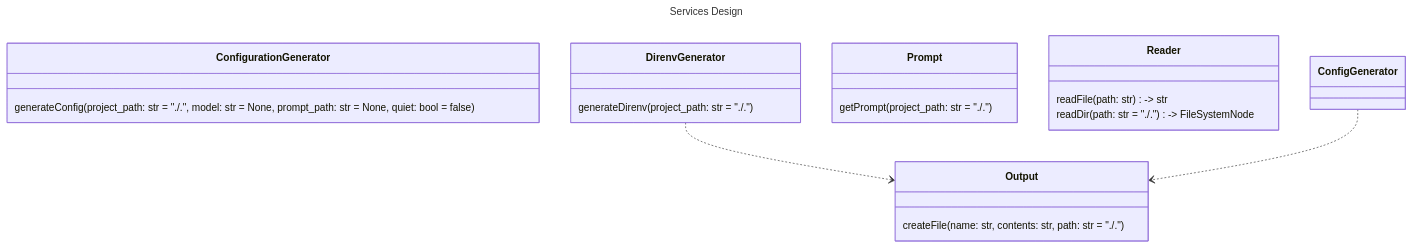
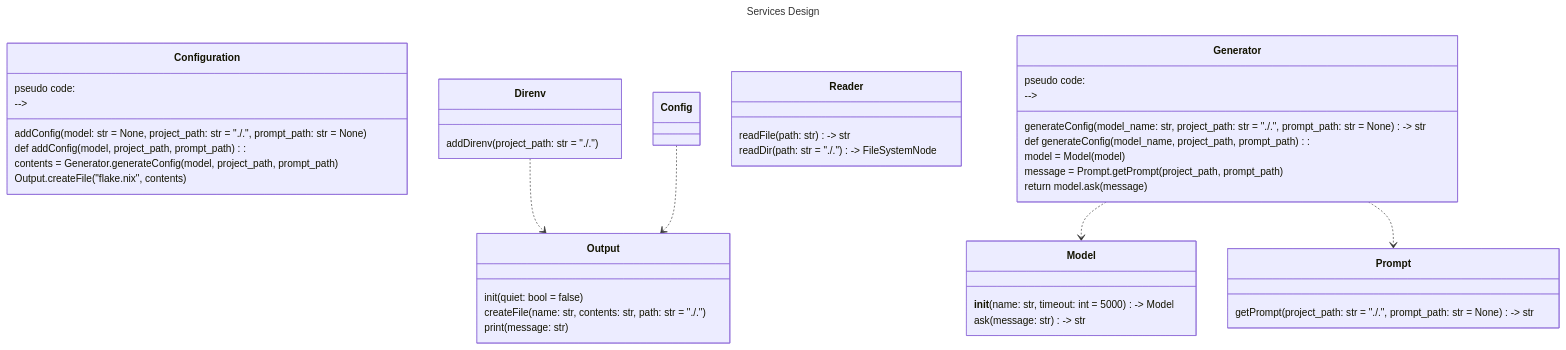
The fourth of 6 diagrams in docs/detailed-design.md (Oldranda1414/AutoDev), drawn with Mermaid before and after one commit. The commit also changed other lines of this file and 1 other file, not shown here.

````diff
--- a/docs/detailed-design.md
+++ b/docs/detailed-design.md
@@ -50,30 +81,56 @@
 ```mermaid
 ---
 title: Services Design
 ---
 classDiagram
 
-    class ConfigurationGenerator {
-        generateConfig(project_path: str = "./.", model: str = None, prompt_path: str = None, quiet: bool = false)
+    class Configuration {
+        addConfig(model: str = None, project_path: str = "./.", prompt_path: str = None) 
+<!-- 
+pseudo code: 
+    def addConfig(model, project_path, prompt_path):
+        contents = Generator.generateConfig(model, project_path, prompt_path)
+        Output.createFile("flake.nix", contents)
+-->
     }
 
-    class DirenvGenerator {
-        generateDirenv(project_path: str = "./.")
+    class Direnv {
+        addDirenv(project_path: str = "./.")
+    }
+
+    class Generator {
+        generateConfig(model_name: str, project_path: str = "./.", prompt_path: str = None) -> str
+<!-- 
+pseudo code: 
+    def generateConfig(model_name, project_path, prompt_path):
+        model = Model(model)
+        message = Prompt.getPrompt(project_path, prompt_path)
+        return model.ask(message)
+-->
+    }
+
+    class Model {
+        __init__(name: str, timeout: int = 5000) -> Model
+        ask(message: str) -> str
     }
 
     class Prompt {
-        getPrompt(project_path: str = "./.")
+        getPrompt(project_path: str = "./.", prompt_path: str = None) -> str
     }
 
     class Output {
+        init(quiet: bool = false)
         createFile(name: str, contents: str, path: str = "./.")
+        print(message: str)
     }
 
     class Reader {
         readFile(path: str) -> str
         readDir(path: str = "./.") -> FileSystemNode
     }
 
-    DirenvGenerator ..> Output
-    ConfigGenerator ..> Output
+    Direnv ..> Output
+    Config ..> Output
+    Generator ..> Model
+    Generator ..> Prompt
 ```
````
